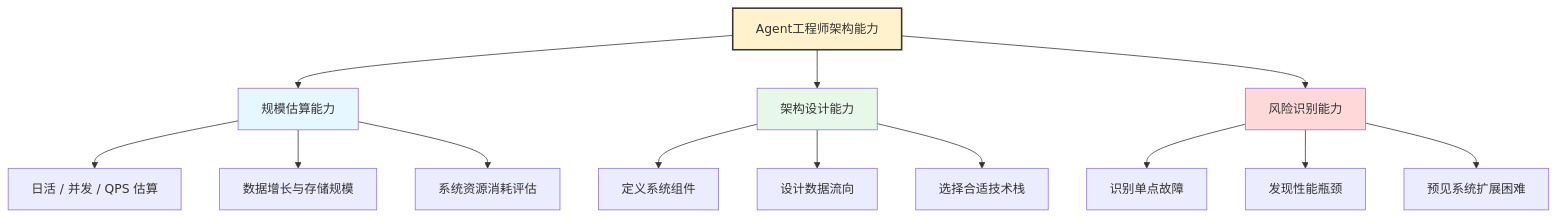
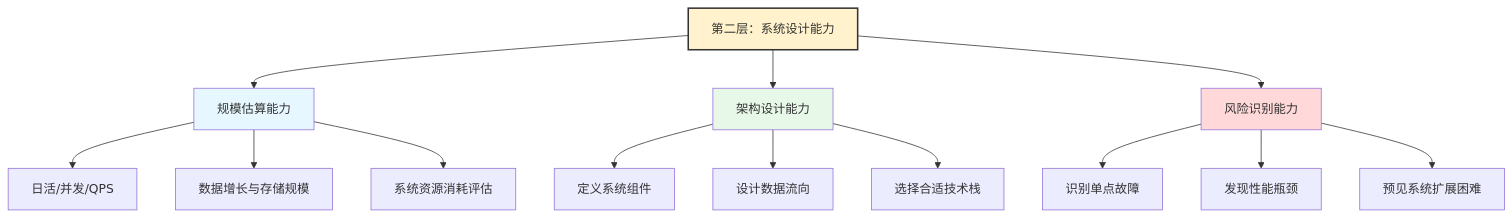
Before and after one commit to microwind/algorithms: the ninth of 15 diagrams in start-here/AI-Era-Programmers-as-Agent-Engineers.md, drawn with Mermaid. The commit also changed other lines of this file and 1 other file, not shown here.

````diff
--- a/start-here/AI-Era-Programmers-as-Agent-Engineers.md
+++ b/start-here/AI-Era-Programmers-as-Agent-Engineers.md
@@ -398,25 +429,25 @@
 ```mermaid
 graph TD
-    A["Agent工程师架构能力"]
+    A["第二层：系统设计能力"]
 
     A --> B["规模估算能力"]
     A --> C["架构设计能力"]
     A --> D["风险识别能力"]
 
-    B --> B1["日活 / 并发 / QPS 估算"]
+    B --> B1["日活/并发/QPS"]
     B --> B2["数据增长与存储规模"]
     B --> B3["系统资源消耗评估"]
 
     C --> C1["定义系统组件"]
     C --> C2["设计数据流向"]
     C --> C3["选择合适技术栈"]
 
     D --> D1["识别单点故障"]
     D --> D2["发现性能瓶颈"]
     D --> D3["预见系统扩展困难"]
 
     style A fill:#FFF2CC,stroke:#333,stroke-width:2px
     style B fill:#E6F7FF
     style C fill:#E8F8E8
     style D fill:#FFD9D9
 ```
````
